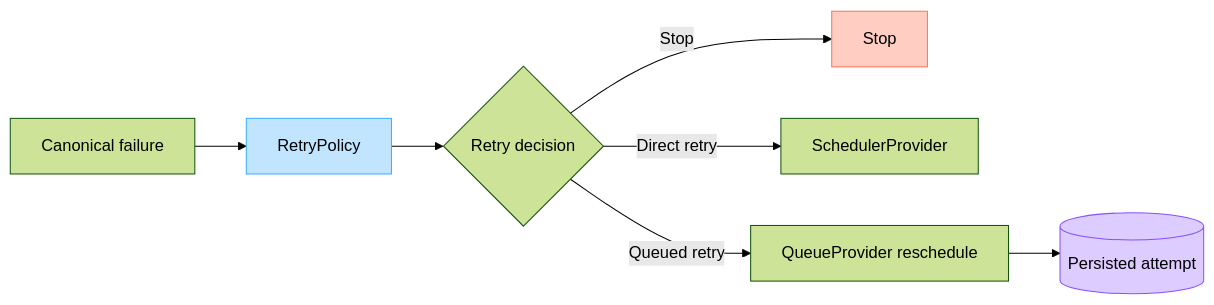
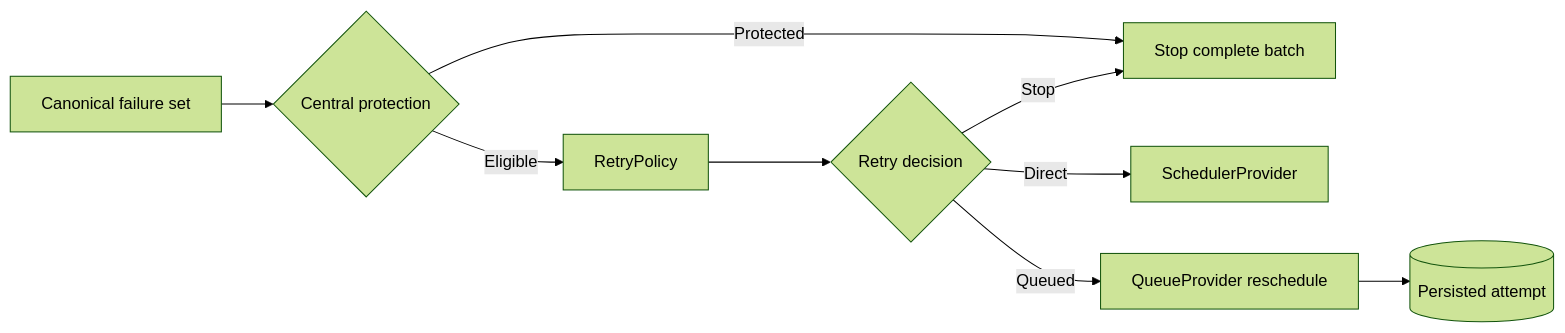
The diagram in docs/architecture/retry-boundaries.md (dataloom-sdk/dataloom), drawn with Mermaid (forest theme) before and after one commit. The commit also changed other lines of this file and 9 other files, not shown here.

````diff
--- a/docs/architecture/retry-boundaries.md
+++ b/docs/architecture/retry-boundaries.md
@@ -14,21 +11,20 @@
 ```mermaid
 flowchart LR
-    failure[Canonical failure]
+    failure[Canonical failure set]
+    guard{Central protection}
+    stop[Stop complete batch]
     policy[RetryPolicy]
     decision{Retry decision}
-    stop[Stop]
     direct[SchedulerProvider]
     queued[QueueProvider reschedule]
     durable[(Persisted attempt)]
 
-    failure --> policy
+    failure --> guard
+    guard -->|Protected| stop
+    guard -->|Eligible| policy
     policy --> decision
     decision -->|Stop| stop
-    decision -->|Direct retry| direct
-    decision -->|Queued retry| queued
+    decision -->|Direct| direct
+    decision -->|Queued| queued
     queued --> durable
-
-    style policy fill:#C2E5FF,stroke:#3DADFF
-    style durable fill:#DCCCFF,stroke:#874FFF
-    style stop fill:#FFCDC2,stroke:#FF7556
 ```
````
